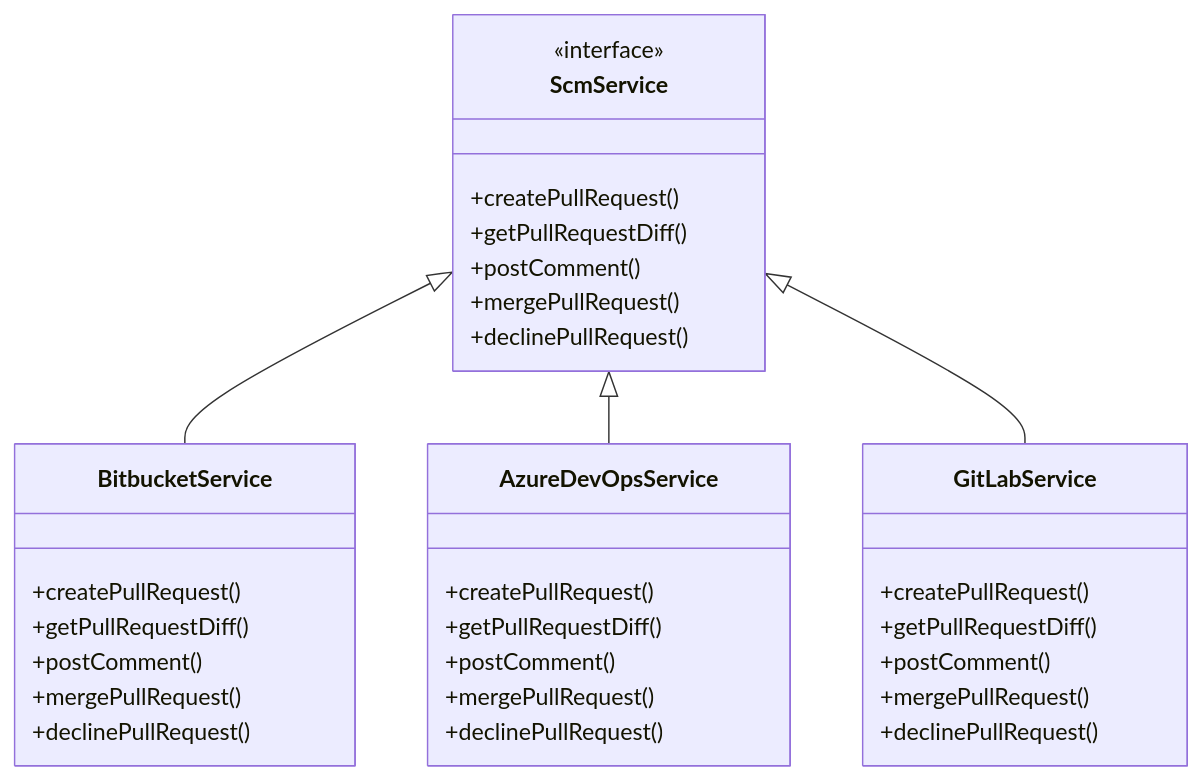
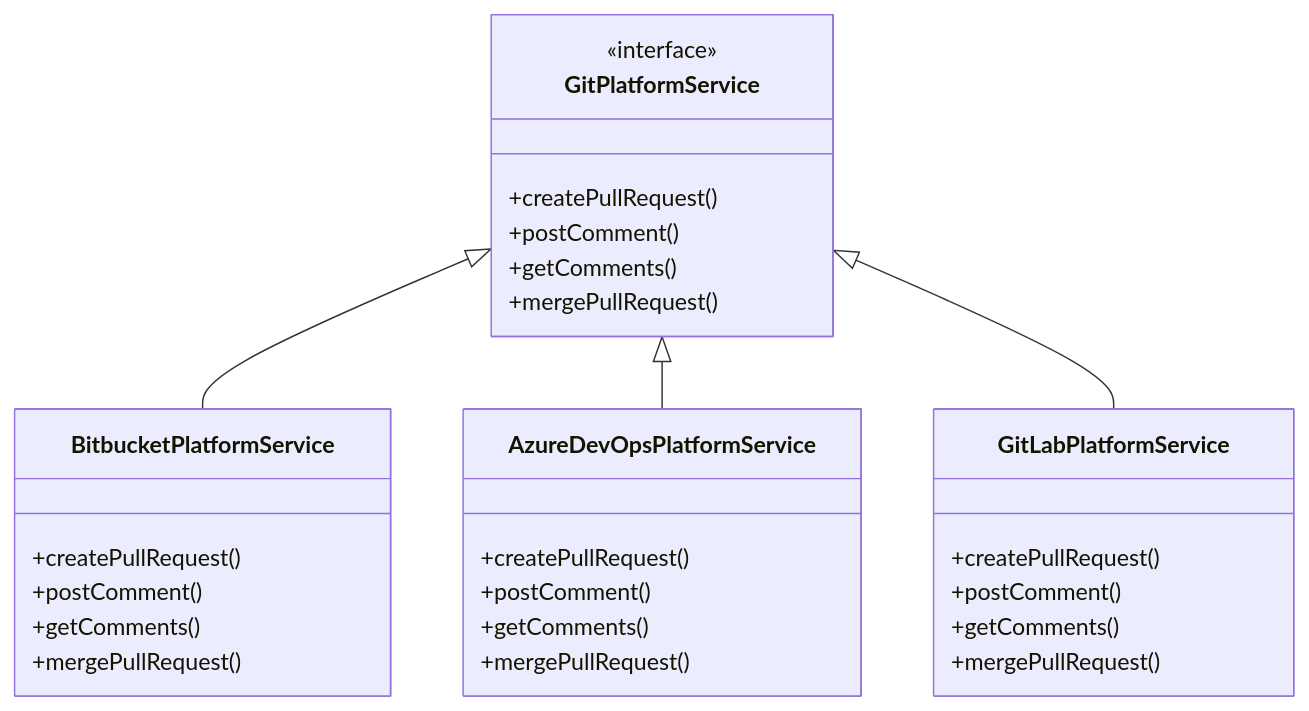
Before and after one commit to Ai-Whisperers/code-agent: the third of 3 diagrams in docs/architecture.md, drawn with Mermaid. The commit also changed other lines of this file and 6 other files, not shown here.

````diff
--- a/docs/architecture.md
+++ b/docs/architecture.md
@@ -117,39 +249,35 @@
 ```mermaid
 classDiagram
-    class ScmService {
+    class GitPlatformService {
         <<interface>>
         +createPullRequest()
-        +getPullRequestDiff()
         +postComment()
+        +getComments()
         +mergePullRequest()
-        +declinePullRequest()
     }
     
-    class BitbucketService {
+    class BitbucketPlatformService {
         +createPullRequest()
-        +getPullRequestDiff() 
         +postComment()
+        +getComments()
         +mergePullRequest()
-        +declinePullRequest()
     }
     
-    class AzureDevOpsService {
+    class AzureDevOpsPlatformService {
         +createPullRequest()
-        +getPullRequestDiff()
-        +postComment() 
+        +postComment()
+        +getComments()
         +mergePullRequest()
-        +declinePullRequest()
     }
     
-    class GitLabService {
+    class GitLabPlatformService {
         +createPullRequest()
-        +getPullRequestDiff()
         +postComment()
+        +getComments()
         +mergePullRequest()
-        +declinePullRequest()
     }
     
-    ScmService <|-- BitbucketService
-    ScmService <|-- AzureDevOpsService 
-    ScmService <|-- GitLabService
+    GitPlatformService <|-- BitbucketPlatformService
+    GitPlatformService <|-- AzureDevOpsPlatformService
+    GitPlatformService <|-- GitLabPlatformService
 ```
````
